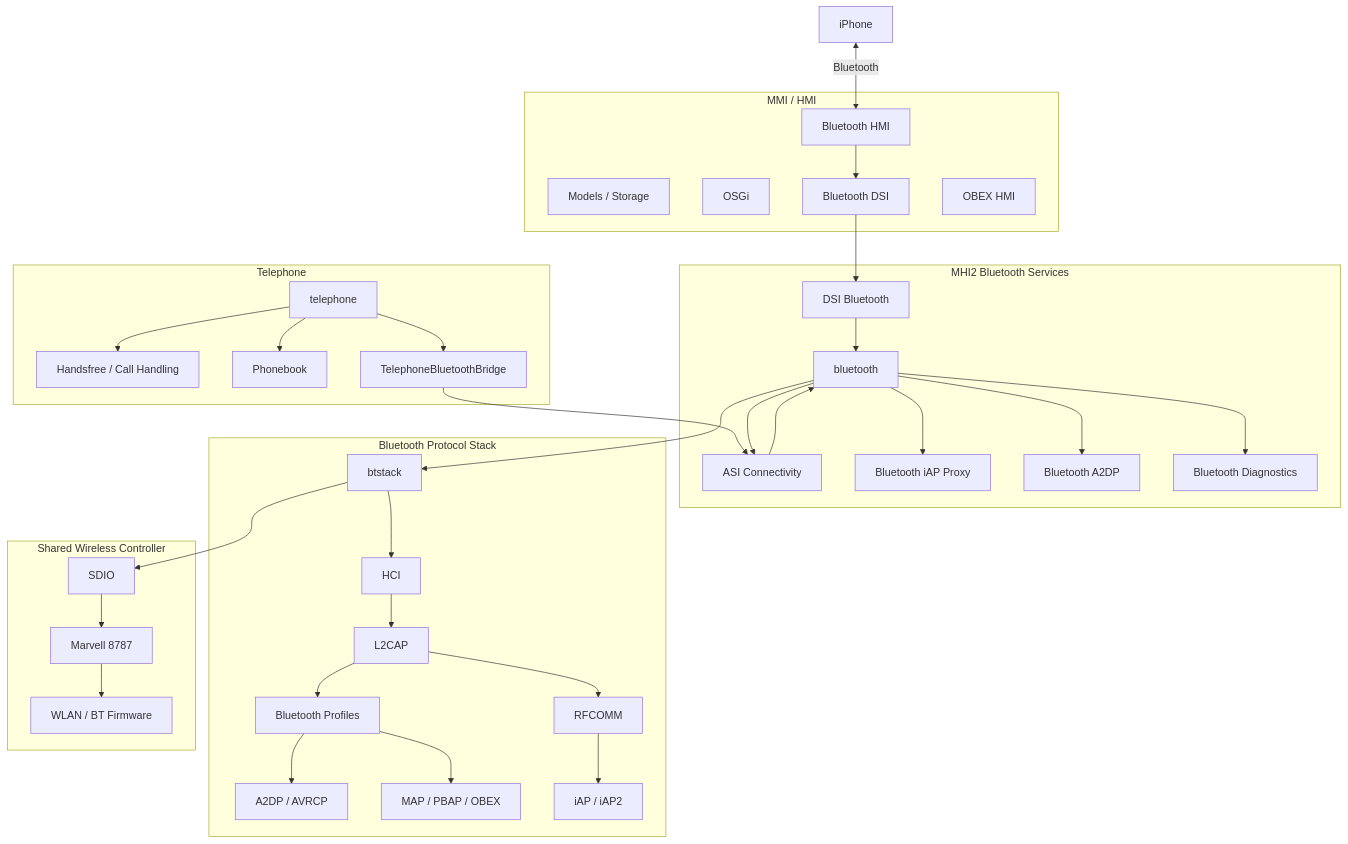
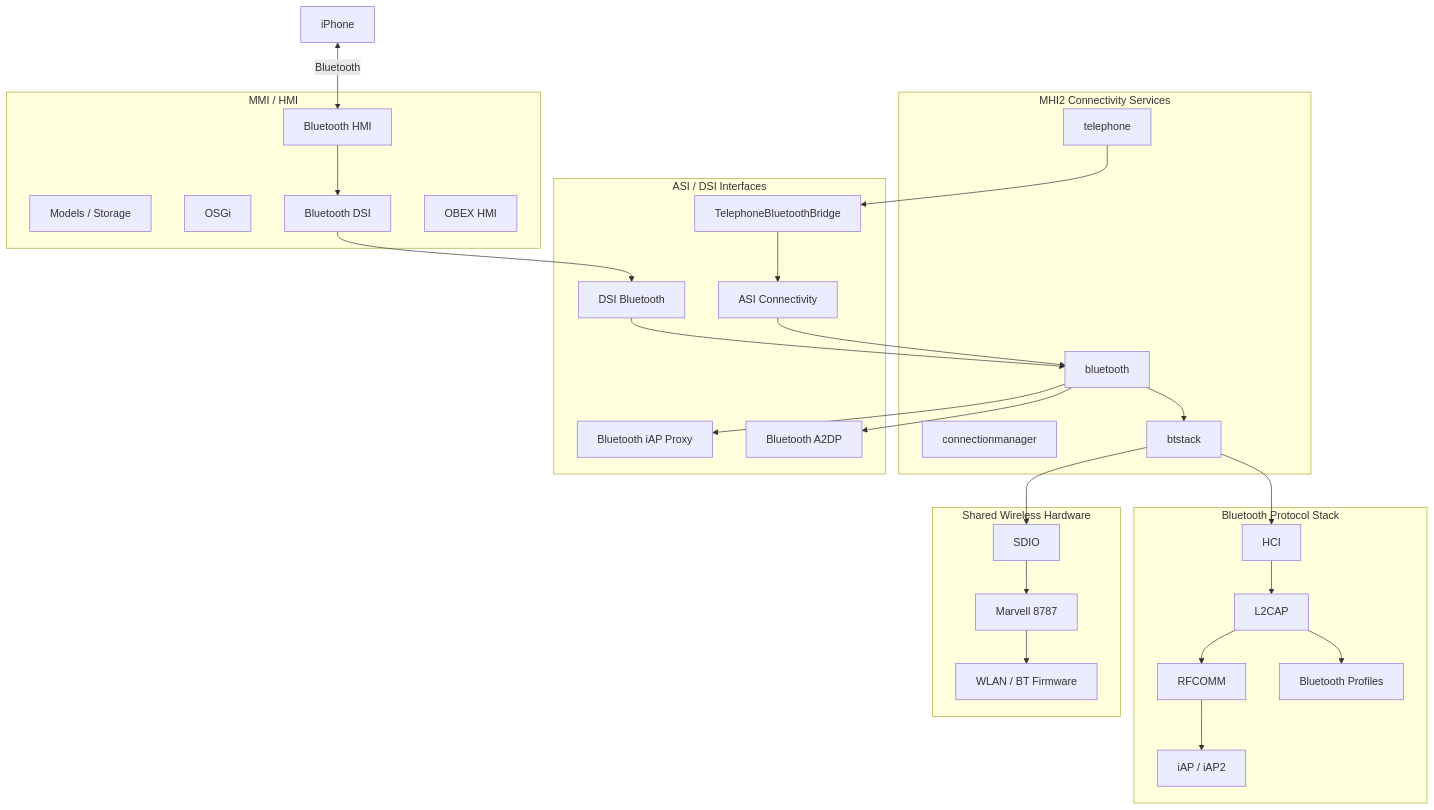
One commit to joeyQuery/MHI2-Wireless-CarPlay changed the first of 30 diagrams in docs/bluetooth.md. Above: the diagram before and after it, drawn with Mermaid. The commit also changed other lines of this file, not shown here.

````diff
--- a/docs/bluetooth.md
+++ b/docs/bluetooth.md
@@ -18,77 +15,65 @@
 ```mermaid
 flowchart TB
-
     PHONE["iPhone"]
 
     subgraph HMI["MMI / HMI"]
         HMI_BT["Bluetooth HMI"]
-        HMI_MODEL["Models / Storage"]
+        HMI_MODELS["Models / Storage"]
         HMI_OSGI["OSGi"]
         HMI_DSI["Bluetooth DSI"]
         HMI_OBEX["OBEX HMI"]
     end
 
-    subgraph SERVICE["MHI2 Bluetooth Services"]
+    subgraph SERVICES["MHI2 Connectivity Services"]
         BT["bluetooth"]
+        TEL["telephone"]
+        CM["connectionmanager"]
+        BTSTACK["btstack"]
+    end
+
+    subgraph INTERFACES["ASI / DSI Interfaces"]
         DSI["DSI Bluetooth"]
         ASI["ASI Connectivity"]
-        IAP["Bluetooth iAP Proxy"]
-        A2DP["Bluetooth A2DP"]
-        DIAG["Bluetooth Diagnostics"]
+        BRIDGE["TelephoneBluetoothBridge"]
+        IAP_PROXY["Bluetooth iAP Proxy"]
+        A2DP_PROXY["Bluetooth A2DP"]
     end
 
-    subgraph TELEPHONE["Telephone"]
-        TEL["telephone"]
-        HF["Handsfree / Call Handling"]
-        PB["Phonebook"]
-        BRIDGE["TelephoneBluetoothBridge"]
-    end
-
-    subgraph STACK["Bluetooth Protocol Stack"]
-        BTSTACK["btstack"]
+    subgraph PROTOCOL["Bluetooth Protocol Stack"]
         HCI["HCI"]
         L2CAP["L2CAP"]
         RFCOMM["RFCOMM"]
         PROFILES["Bluetooth Profiles"]
-        AUDIO["A2DP / AVRCP"]
-        DATA["MAP / PBAP / OBEX"]
         IAP2["iAP / iAP2"]
     end
 
-    subgraph CONTROLLER["Shared Wireless Controller"]
+    subgraph HARDWARE["Shared Wireless Hardware"]
         SDIO["SDIO"]
         MARVELL["Marvell 8787"]
         FW["WLAN / BT Firmware"]
     end
 
-    PHONE <--> |"Bluetooth"| HMI_BT
+    PHONE <--> |Bluetooth| HMI_BT
+
     HMI_BT --> HMI_DSI
     HMI_DSI --> DSI
-
     DSI --> BT
-    ASI --> BT
-    BT --> BTSTACK
 
     TEL --> BRIDGE
     BRIDGE --> ASI
-    TEL --> HF
-    TEL --> PB
+    ASI --> BT
 
-    BT --> ASI
-    BT --> IAP
-    BT --> A2DP
-    BT --> DIAG
+    BT --> IAP_PROXY
+    BT --> A2DP_PROXY
+    BT --> BTSTACK
 
     BTSTACK --> HCI
     HCI --> L2CAP
     L2CAP --> RFCOMM
     L2CAP --> PROFILES
-
-    PROFILES --> AUDIO
-    PROFILES --> DATA
     RFCOMM --> IAP2
 
     BTSTACK --> SDIO
     SDIO --> MARVELL
     MARVELL --> FW
 ```
````
